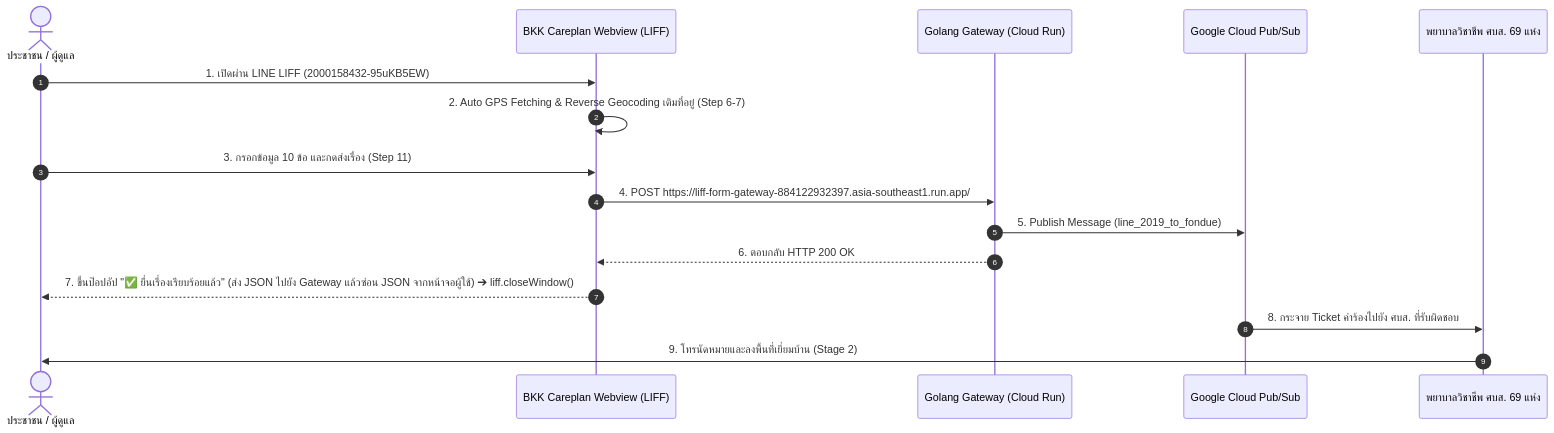
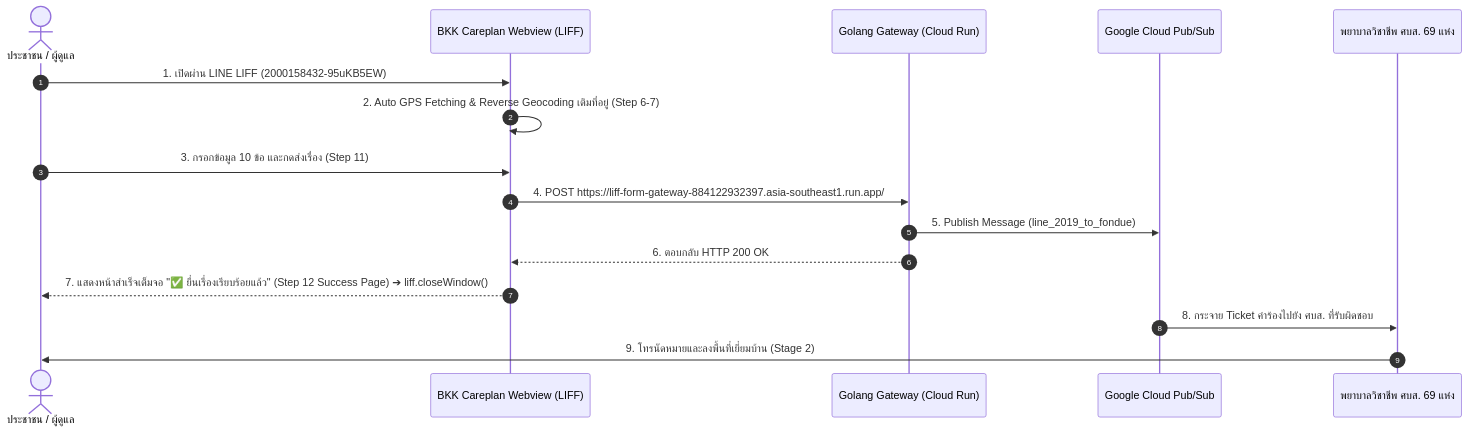
The diagram in docs/context.md (traffy-nectec/bkk-careplan), drawn with Mermaid before and after one commit. The commit also changed 5 other files, not shown here.

Commit message:
feat(ui): replace completion modal with Step 12 Full-screen Success Page

````diff
--- a/docs/context.md
+++ b/docs/context.md
@@ -12,19 +12,19 @@
 ```mermaid
 sequenceDiagram
     autonumber
     actor User as ประชาชน / ผู้ดูแล
     participant Webview as BKK Careplan Webview (LIFF)
     participant Gateway as Golang Gateway (Cloud Run)
     participant PubSub as Google Cloud Pub/Sub
     participant Staff as พยาบาลวิชาชีพ ศบส. 69 แห่ง
 
     User->>Webview: 1. เปิดผ่าน LINE LIFF (2000158432-95uKB5EW)
     Webview->>Webview: 2. Auto GPS Fetching & Reverse Geocoding เติมที่อยู่ (Step 6-7)
     User->>Webview: 3. กรอกข้อมูล 10 ข้อ และกดส่งเรื่อง (Step 11)
     Webview->>Gateway: 4. POST https://liff-form-gateway-884122932397.asia-southeast1.run.app/
     Gateway->>PubSub: 5. Publish Message (line_2019_to_fondue)
     Gateway-->>Webview: 6. ตอบกลับ HTTP 200 OK
-    Webview-->>User: 7. ขึ้นป๊อปอัป "✅ ยื่นเรื่องเรียบร้อยแล้ว" (ส่ง JSON ไปยัง Gateway แล้วซ่อน JSON จากหน้าจอผู้ใช้) ➔ liff.closeWindow()
+    Webview-->>User: 7. แสดงหน้าสำเร็จเต็มจอ "✅ ยื่นเรื่องเรียบร้อยแล้ว" (Step 12 Success Page) ➔ liff.closeWindow()
     PubSub->>Staff: 8. กระจาย Ticket คำร้องไปยัง ศบส. ที่รับผิดชอบ
     Staff->>User: 9. โทรนัดหมายและลงพื้นที่เยี่ยมบ้าน (Stage 2)
 ```
````
